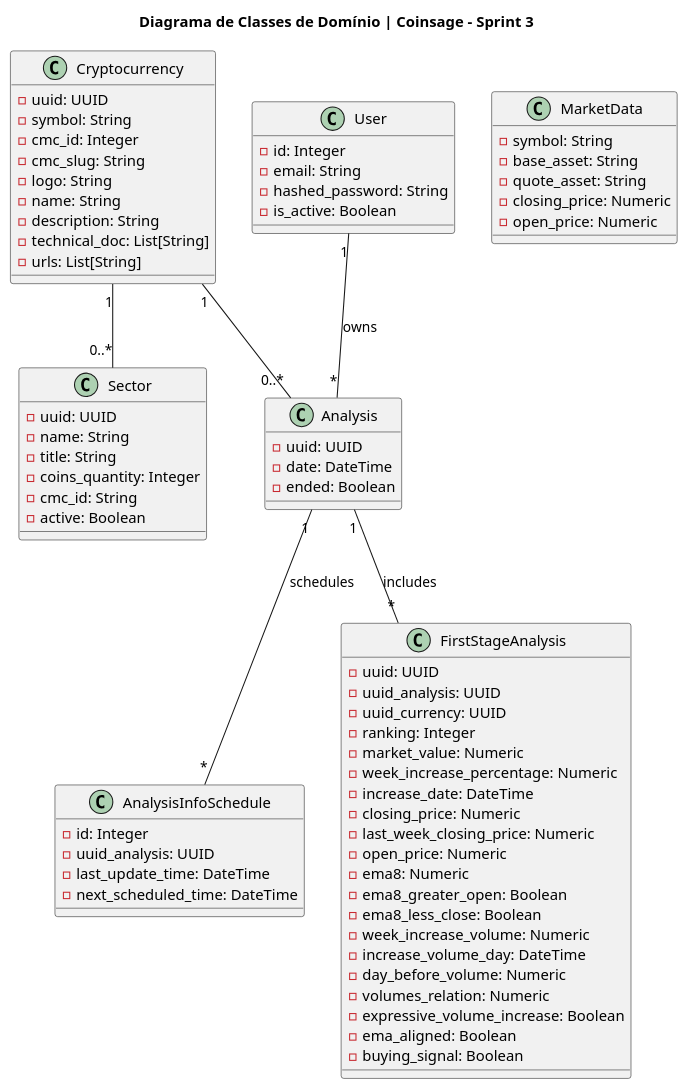
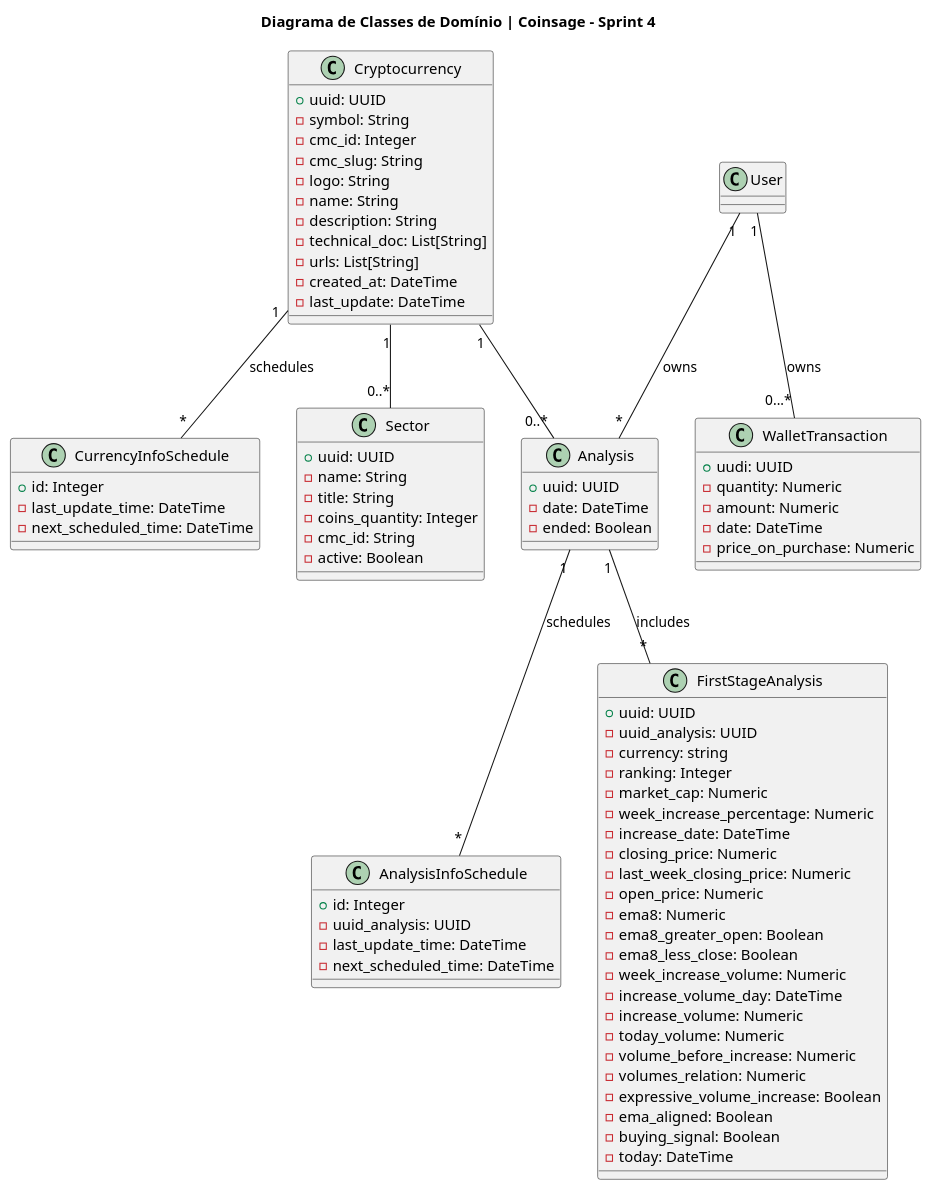
One commit to ICEI-PUC-Minas-PPLES-TI/plf-es-2024-1-ti3-8981100-coinsage changed the diagram in Artefatos/diagramas/diagrama_de_classes/class_diagram.plantuml. Above: the diagram before and after it, drawn with PlantUML.

Commit message:
atualizando diagrama de classes

```diff
--- a/Artefatos/diagramas/diagrama_de_classes/class_diagram.plantuml
+++ b/Artefatos/diagramas/diagrama_de_classes/class_diagram.plantuml
@@ -1,83 +1,94 @@
-@startuml
-title Diagrama de Classes de Domínio | Coinsage - Sprint 3
+@startuml Diagrama de Classes
+title Diagrama de Classes de Domínio | Coinsage - Sprint 4
 
 class Cryptocurrency {
-    - uuid: UUID
+    + uuid: UUID
     - symbol: String
     - cmc_id: Integer
     - cmc_slug: String
     - logo: String
     - name: String
     - description: String
     - technical_doc: List[String]
     - urls: List[String]
+    - created_at: DateTime
+    - last_update: DateTime
+}
+
+class CurrencyInfoSchedule {
+    + id: Integer
+    - last_update_time: DateTime
+    - next_scheduled_time: DateTime
+
 }
 
 class Sector {
-    - uuid: UUID
+    + uuid: UUID
     - name: String
     - title: String
     - coins_quantity: Integer
     - cmc_id: String
     - active: Boolean
 }
 
 class Analysis {
-    - uuid: UUID
+    + uuid: UUID
     - date: DateTime
     - ended: Boolean
 }
 
 class User {
-    - id: Integer
-    - email: String
-    - hashed_password: String
-    - is_active: Boolean
 }
 
 class AnalysisInfoSchedule {
-    - id: Integer
+    + id: Integer
     - uuid_analysis: UUID
     - last_update_time: DateTime
     - next_scheduled_time: DateTime
 }
 
 class FirstStageAnalysis {
-    - uuid: UUID
+    + uuid: UUID
     - uuid_analysis: UUID
-    - uuid_currency: UUID
+    - currency: string
     - ranking: Integer
-    - market_value: Numeric
+    - market_cap: Numeric
     - week_increase_percentage: Numeric
     - increase_date: DateTime
     - closing_price: Numeric
     - last_week_closing_price: Numeric
     - open_price: Numeric
     - ema8: Numeric
     - ema8_greater_open: Boolean
     - ema8_less_close: Boolean
     - week_increase_volume: Numeric
     - increase_volume_day: DateTime
-    - day_before_volume: Numeric
+    - increase_volume: Numeric
+    - today_volume: Numeric
+    - volume_before_increase: Numeric
     - volumes_relation: Numeric
     - expressive_volume_increase: Boolean
     - ema_aligned: Boolean
     - buying_signal: Boolean
+    - today: DateTime
 }
 
-class MarketData {
-    - symbol: String
-    - base_asset: String
-    - quote_asset: String
-    - closing_price: Numeric
-    - open_price: Numeric
+class WalletTransaction {
+    + uudi: UUID
+    - quantity: Numeric
+    - amount: Numeric
+    - date: DateTime
+    - price_on_purchase: Numeric
 }
 
 ' Relações entre as classes
+Cryptocurrency "1" -- "*" CurrencyInfoSchedule: schedules
 Cryptocurrency "1" -- "0..*" Sector
 Cryptocurrency "1" -- "0..*" Analysis
 User "1" -- "*" Analysis : owns
 Analysis "1" -- "*" AnalysisInfoSchedule : schedules
 Analysis "1" -- "*" FirstStageAnalysis : includes
+User "1" -- "0...*" WalletTransaction : owns
+
 
 @enduml
```
